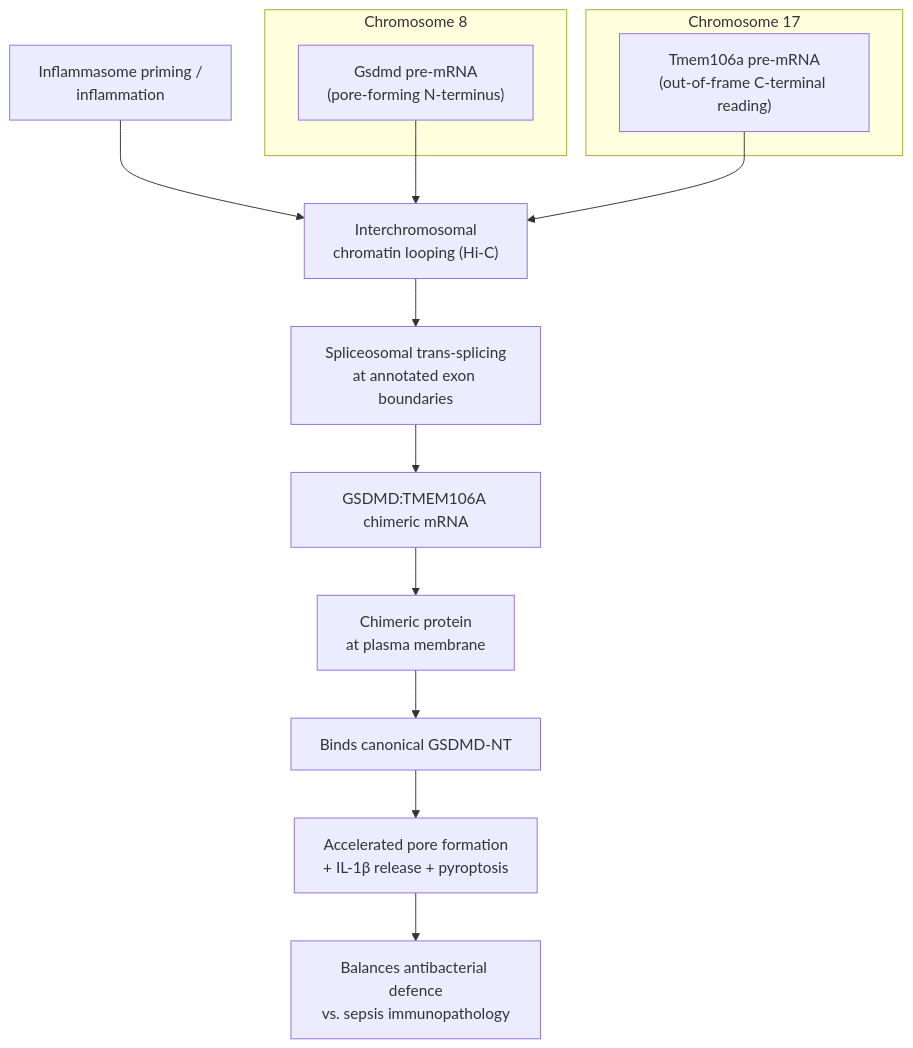
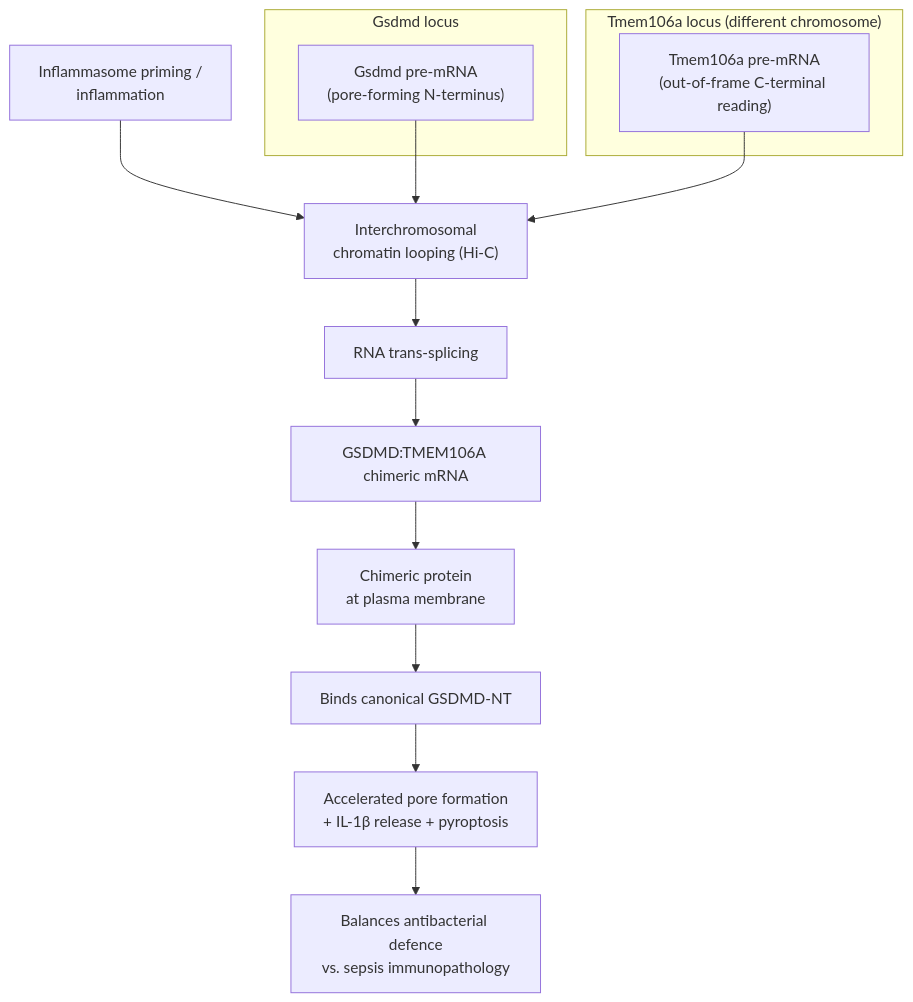
One commit to ai4curation/ai-gene-review changed the diagram in projects/CHIMERIC_MRNA_IMMUNITY.md. Above: the diagram before and after it, drawn with Mermaid. The commit also changed other lines of this file and 7 other files, not shown here.

First line of the commit message:
Address AIGR review on GSDMD/TMEM106A: action/evidence mismatches

````diff
--- a/projects/CHIMERIC_MRNA_IMMUNITY.md
+++ b/projects/CHIMERIC_MRNA_IMMUNITY.md
@@ -66,18 +73,18 @@
 ```mermaid
 flowchart TB
-    subgraph chr8["Chromosome 8"]
+    subgraph locusA["Gsdmd locus"]
       G["Gsdmd pre-mRNA<br/>(pore-forming N-terminus)"]
     end
-    subgraph chr17["Chromosome 17"]
+    subgraph locusB["Tmem106a locus (different chromosome)"]
       T["Tmem106a pre-mRNA<br/>(out-of-frame C-terminal reading)"]
     end
     INF["Inflammasome priming /<br/>inflammation"] --> LOOP["Interchromosomal<br/>chromatin looping (Hi-C)"]
     G --> LOOP
     T --> LOOP
-    LOOP --> TS["Spliceosomal trans-splicing<br/>at annotated exon boundaries"]
+    LOOP --> TS["RNA trans-splicing"]
     TS --> CHI["GSDMD:TMEM106A chimeric mRNA"]
     CHI --> PROT["Chimeric protein<br/>at plasma membrane"]
     PROT --> COOP["Binds canonical GSDMD-NT"]
     COOP --> PORE["Accelerated pore formation<br/>+ IL-1β release + pyroptosis"]
     PORE --> BAL["Balances antibacterial defence<br/>vs. sepsis immunopathology"]
 ```
````
